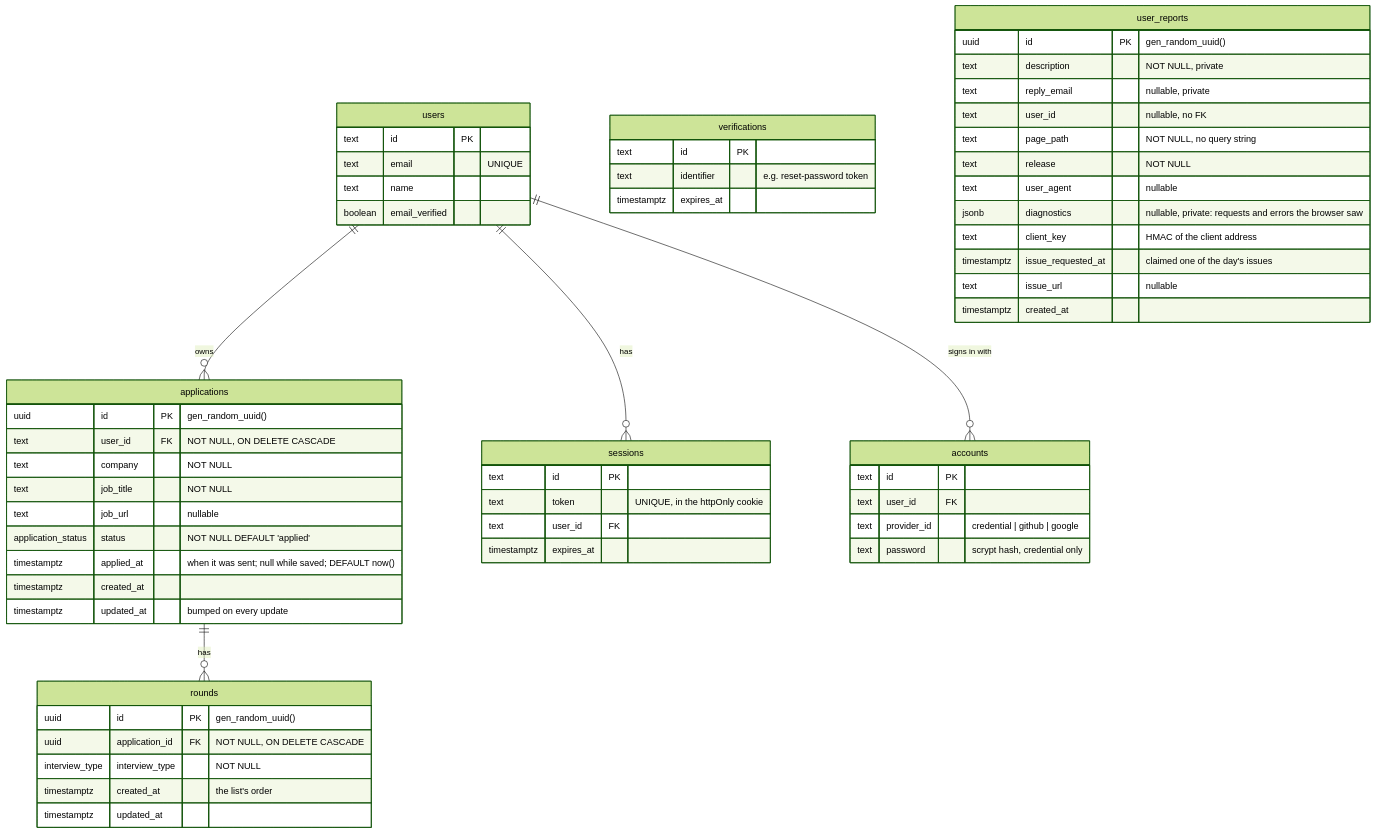
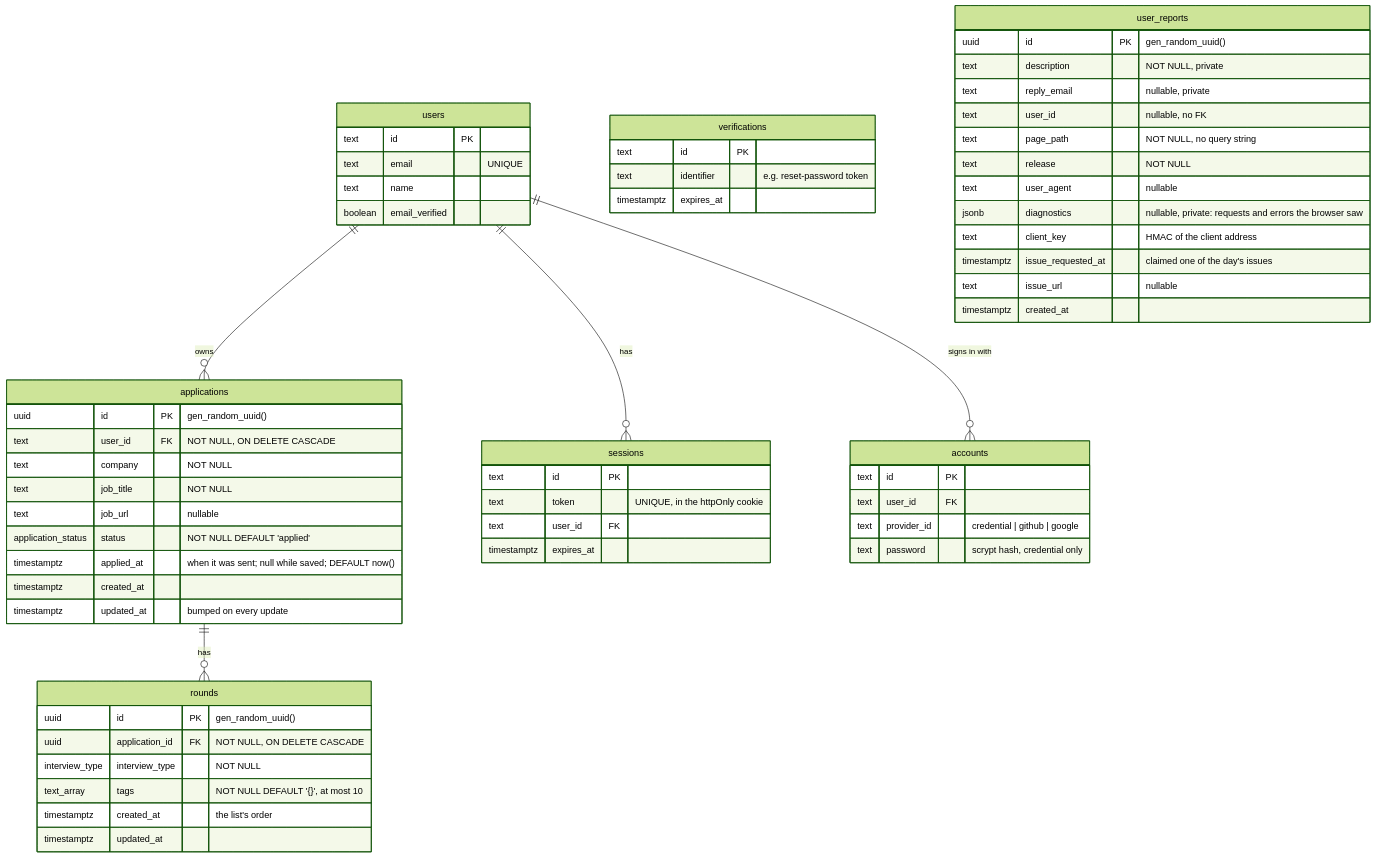
The third of 8 diagrams in docs/architecture.md (brianpatterson/roundtable), drawn with Mermaid (forest theme) before and after one commit. The commit also changed other lines of this file and 3 other files, not shown here.

Commit message:
docs: Tags on Rounds (ADR-0054), glossary and architecture

````diff
--- a/docs/architecture.md
+++ b/docs/architecture.md
@@ -203,62 +204,63 @@
 ```mermaid
 erDiagram
   users ||--o{ applications : owns
   applications ||--o{ rounds : has
   users ||--o{ sessions : has
   users ||--o{ accounts : "signs in with"
   users {
     text id PK
     text email "UNIQUE"
     text name
     boolean email_verified
   }
   sessions {
     text id PK
     text token "UNIQUE, in the httpOnly cookie"
     text user_id FK
     timestamptz expires_at
   }
   accounts {
     text id PK
     text user_id FK
     text provider_id "credential | github | google"
     text password "scrypt hash, credential only"
   }
   verifications {
     text id PK
     text identifier "e.g. reset-password token"
     timestamptz expires_at
   }
   applications {
     uuid id PK "gen_random_uuid()"
     text user_id FK "NOT NULL, ON DELETE CASCADE"
     text company "NOT NULL"
     text job_title "NOT NULL"
     text job_url "nullable"
     application_status status "NOT NULL DEFAULT 'applied'"
     timestamptz applied_at "when it was sent; null while saved; DEFAULT now()"
     timestamptz created_at
     timestamptz updated_at "bumped on every update"
   }
   rounds {
     uuid id PK "gen_random_uuid()"
     uuid application_id FK "NOT NULL, ON DELETE CASCADE"
     interview_type interview_type "NOT NULL"
+    text_array tags "NOT NULL DEFAULT '{}', at most 10"
     timestamptz created_at "the list's order"
     timestamptz updated_at
   }
   user_reports {
     uuid id PK "gen_random_uuid()"
     text description "NOT NULL, private"
     text reply_email "nullable, private"
     text user_id "nullable, no FK"
     text page_path "NOT NULL, no query string"
     text release "NOT NULL"
     text user_agent "nullable"
     jsonb diagnostics "nullable, private: requests and errors the browser saw"
     text client_key "HMAC of the client address"
     timestamptz issue_requested_at "claimed one of the day's issues"
     text issue_url "nullable"
     timestamptz created_at
   }
 ```
````
